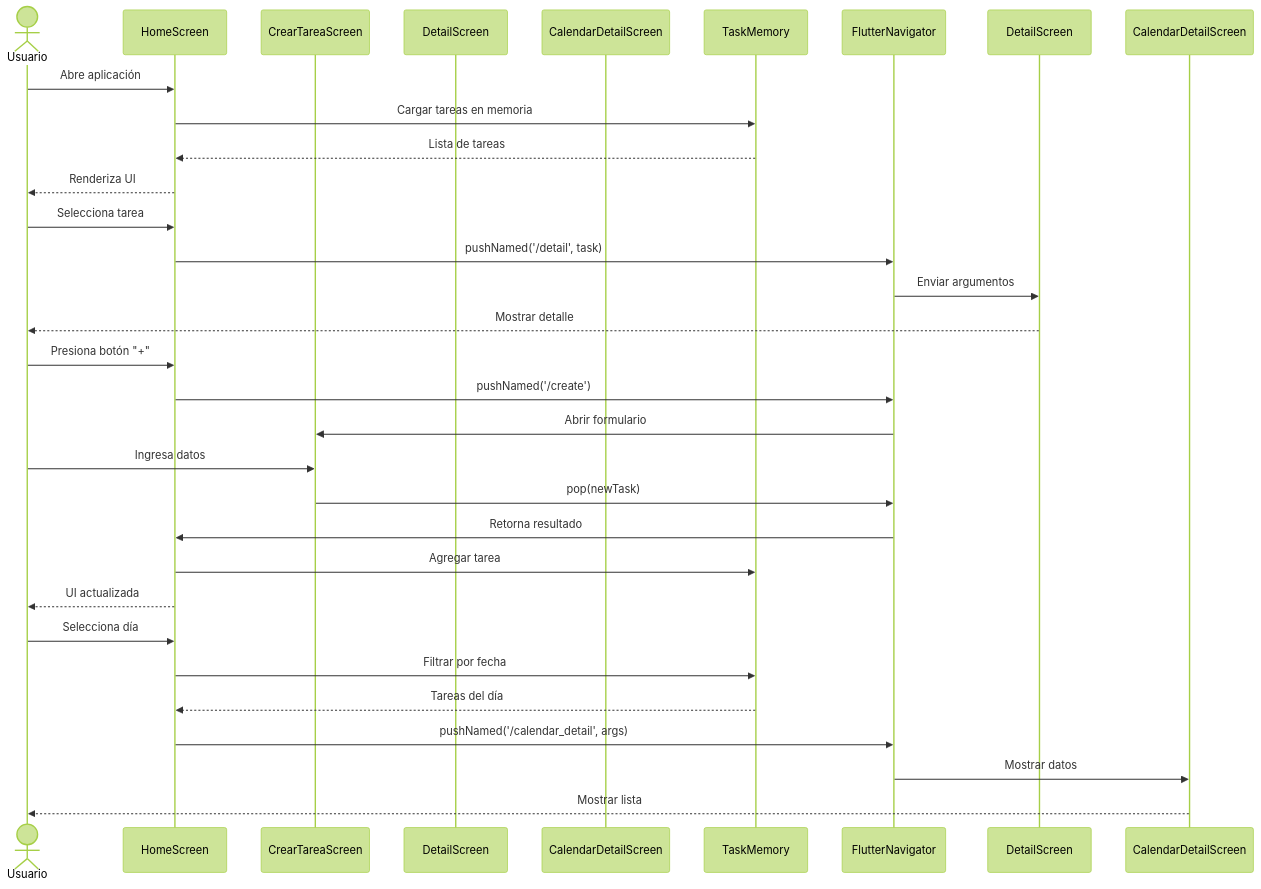
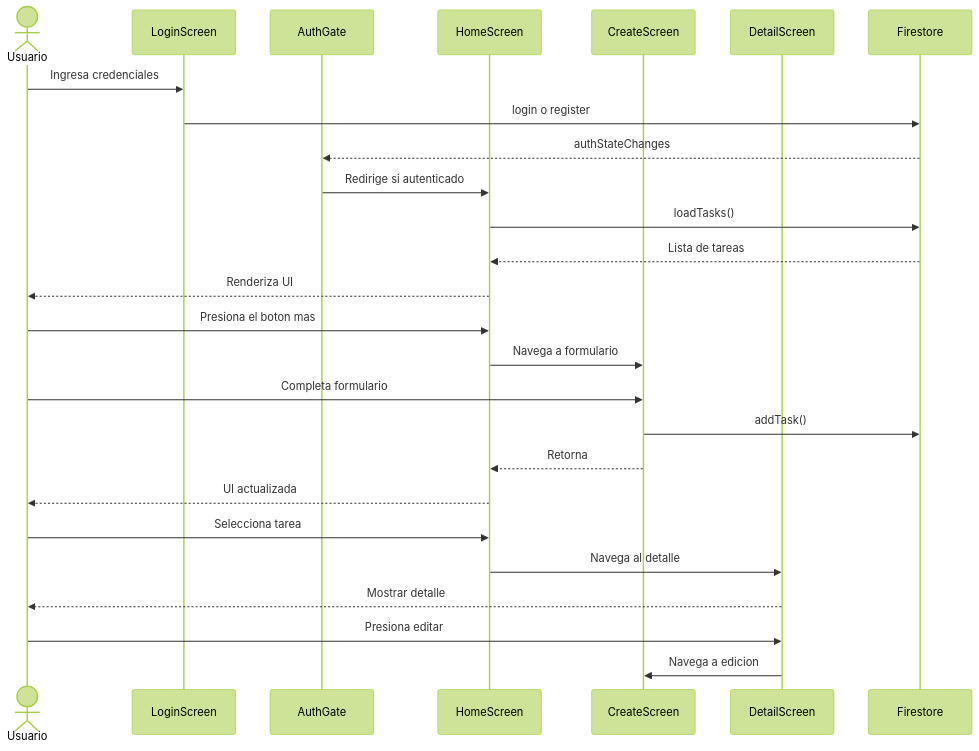
Before and after one commit to DavidMarvel-2409/myhomework: the third of 4 diagrams in README.md, drawn with Mermaid (forest theme). The commit also changed other lines of this file and 4 other files, not shown here.

Commit message:
agregar funcionalidad de compartir tareas con share_plus

````diff
--- a/README.md
+++ b/README.md
@@ -281,53 +298,34 @@
 ```mermaid
 sequenceDiagram
 
 actor Usuario
 
-participant Home as HomeScreen
-participant CreateScreen as CrearTareaScreen
-participant Detail as DetailScreen
-participant Calendar as CalendarDetailScreen
-participant Store as TaskMemory
-participant Navigator as FlutterNavigator
+participant LoginScreen
+participant AuthGate
+participant HomeScreen
+participant CreateScreen
+participant DetailScreen
+participant Firestore
 
-%% =========================
-%% INICIO APP
-%% =========================
-Usuario->>Home: Abre aplicación
-Home->>Store: Cargar tareas en memoria
-Store-->>Home: Lista de tareas
-Home-->>Usuario: Renderiza UI
+Usuario->>LoginScreen: Ingresa credenciales
+LoginScreen->>Firestore: login o register
+Firestore-->>AuthGate: authStateChanges
+AuthGate->>HomeScreen: Redirige si autenticado
 
-%% =========================
-%% VER DETALLE
-%% =========================
-Usuario->>Home: Selecciona tarea
-Home->>Navigator: pushNamed('/detail', task)
-Navigator->>DetailScreen: Enviar argumentos
+HomeScreen->>Firestore: loadTasks()
+Firestore-->>HomeScreen: Lista de tareas
+HomeScreen-->>Usuario: Renderiza UI
+
+Usuario->>HomeScreen: Presiona el boton mas
+HomeScreen->>CreateScreen: Navega a formulario
+Usuario->>CreateScreen: Completa formulario
+CreateScreen->>Firestore: addTask()
+CreateScreen-->>HomeScreen: Retorna
+HomeScreen-->>Usuario: UI actualizada
+
+Usuario->>HomeScreen: Selecciona tarea
+HomeScreen->>DetailScreen: Navega al detalle
 DetailScreen-->>Usuario: Mostrar detalle
-
-%% =========================
-%% CREAR TAREA
-%% =========================
-Usuario->>Home: Presiona botón "+"
-Home->>Navigator: pushNamed('/create')
-Navigator->>CreateScreen: Abrir formulario
-
-Usuario->>CreateScreen: Ingresa datos
-CreateScreen->>Navigator: pop(newTask)
-Navigator->>Home: Retorna resultado
-
-Home->>Store: Agregar tarea
-Home-->>Usuario: UI actualizada
-
-%% =========================
-%% CALENDARIO
-%% =========================
-Usuario->>Home: Selecciona día
-Home->>Store: Filtrar por fecha
-Store-->>Home: Tareas del día
-Home->>Navigator: pushNamed('/calendar_detail', args)
-Navigator->>CalendarDetailScreen: Mostrar datos
-
-CalendarDetailScreen-->>Usuario: Mostrar lista
+Usuario->>DetailScreen: Presiona editar
+DetailScreen->>CreateScreen: Navega a edicion
 ```
````
